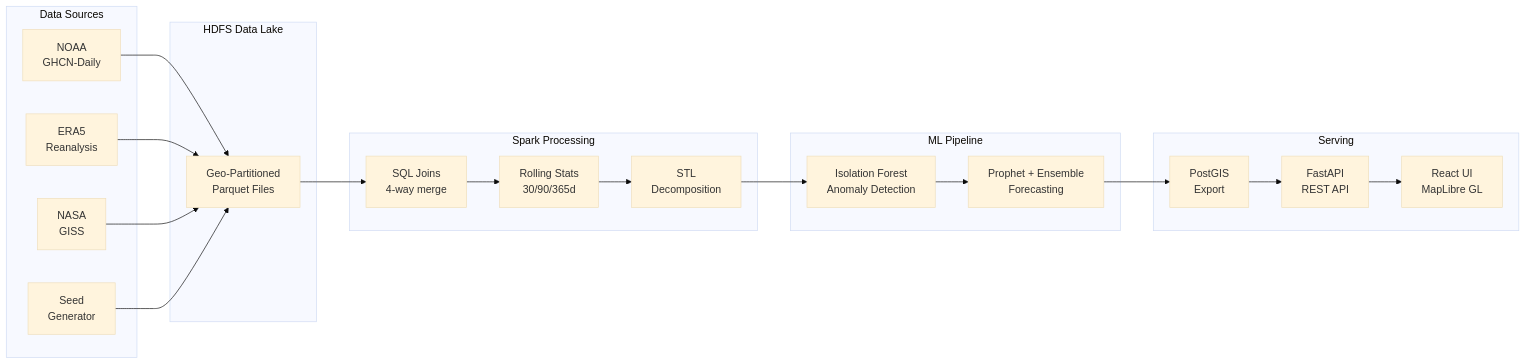
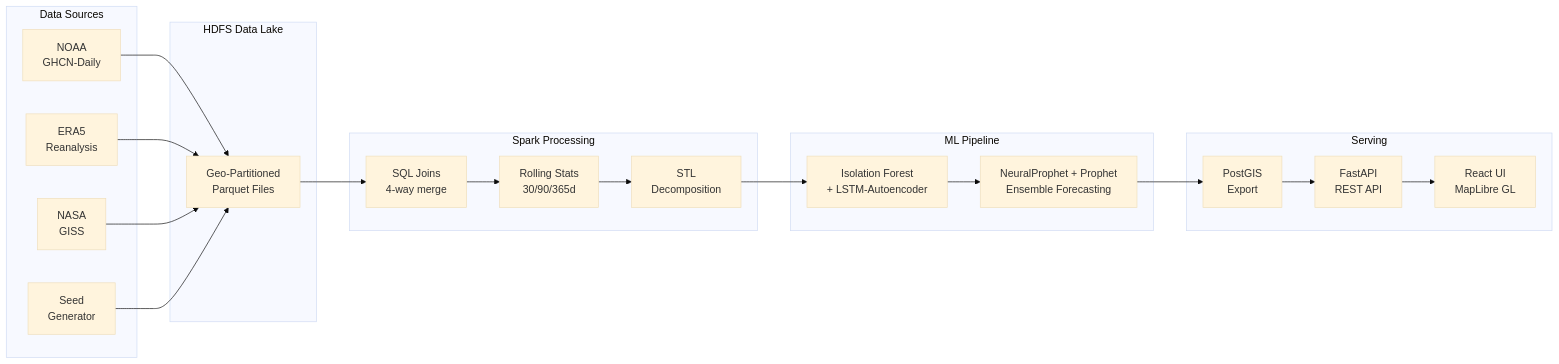
Before and after one commit to dhairyamishra/CLIMATE-PREDICTION-SPARK: the second of 2 diagrams in README.md, drawn with Mermaid (base theme). The commit also changed other lines of this file, not shown here.

Commit message:
docs: update README with current ML models (LSTM-Autoencoder and NeuralProphet)

````diff
--- a/README.md
+++ b/README.md
@@ -145,35 +145,35 @@
 ```mermaid
 flowchart LR
     subgraph Sources["Data Sources"]
         GHCN["NOAA\nGHCN-Daily"]
         ERA5["ERA5\nReanalysis"]
         GISS["NASA\nGISS"]
         SEED["Seed\nGenerator"]
     end
 
     subgraph Lake["HDFS Data Lake"]
         PAR["Geo-Partitioned\nParquet Files"]
     end
 
     subgraph Processing["Spark Processing"]
         JOIN["SQL Joins\n4-way merge"]
         ROLL["Rolling Stats\n30/90/365d"]
         STL["STL\nDecomposition"]
     end
 
     subgraph MLpipe["ML Pipeline"]
-        ISO["Isolation Forest\nAnomaly Detection"]
-        PRO["Prophet + Ensemble\nForecasting"]
+        ISO["Isolation Forest\n+ LSTM-Autoencoder"]
+        PRO["NeuralProphet + Prophet\nEnsemble Forecasting"]
     end
 
     subgraph Serve["Serving"]
         PG["PostGIS\nExport"]
         FAST["FastAPI\nREST API"]
         REACT["React UI\nMapLibre GL"]
     end
 
     GHCN & ERA5 & GISS & SEED --> PAR
     PAR --> JOIN --> ROLL --> STL
     STL --> ISO --> PRO
     PRO --> PG --> FAST --> REACT
 ```
````
